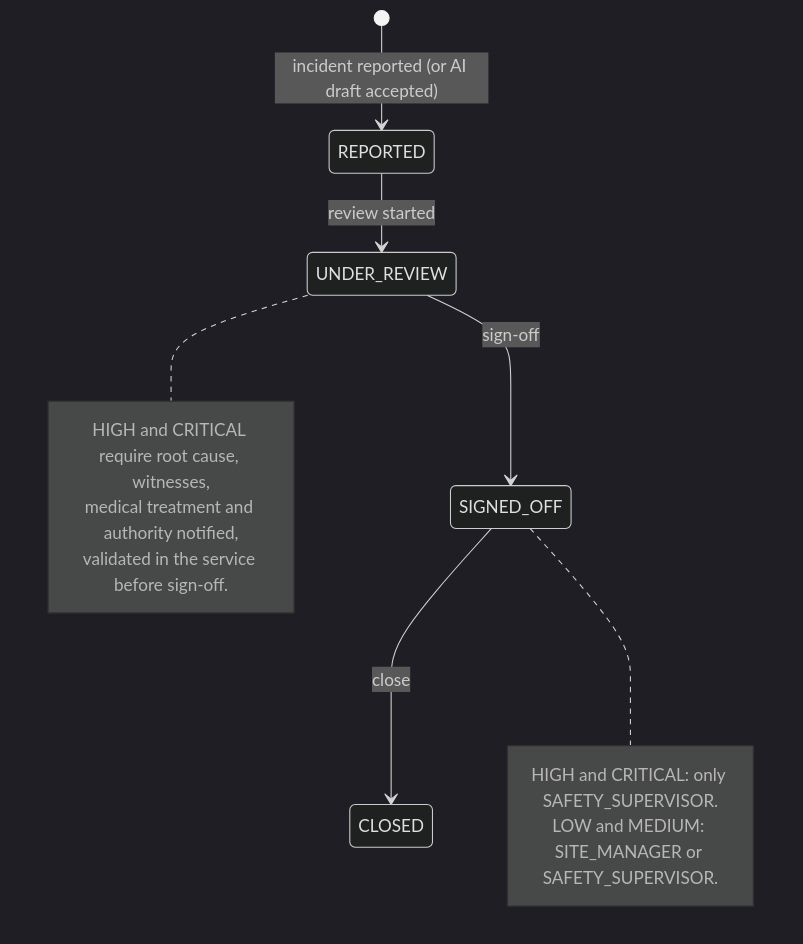
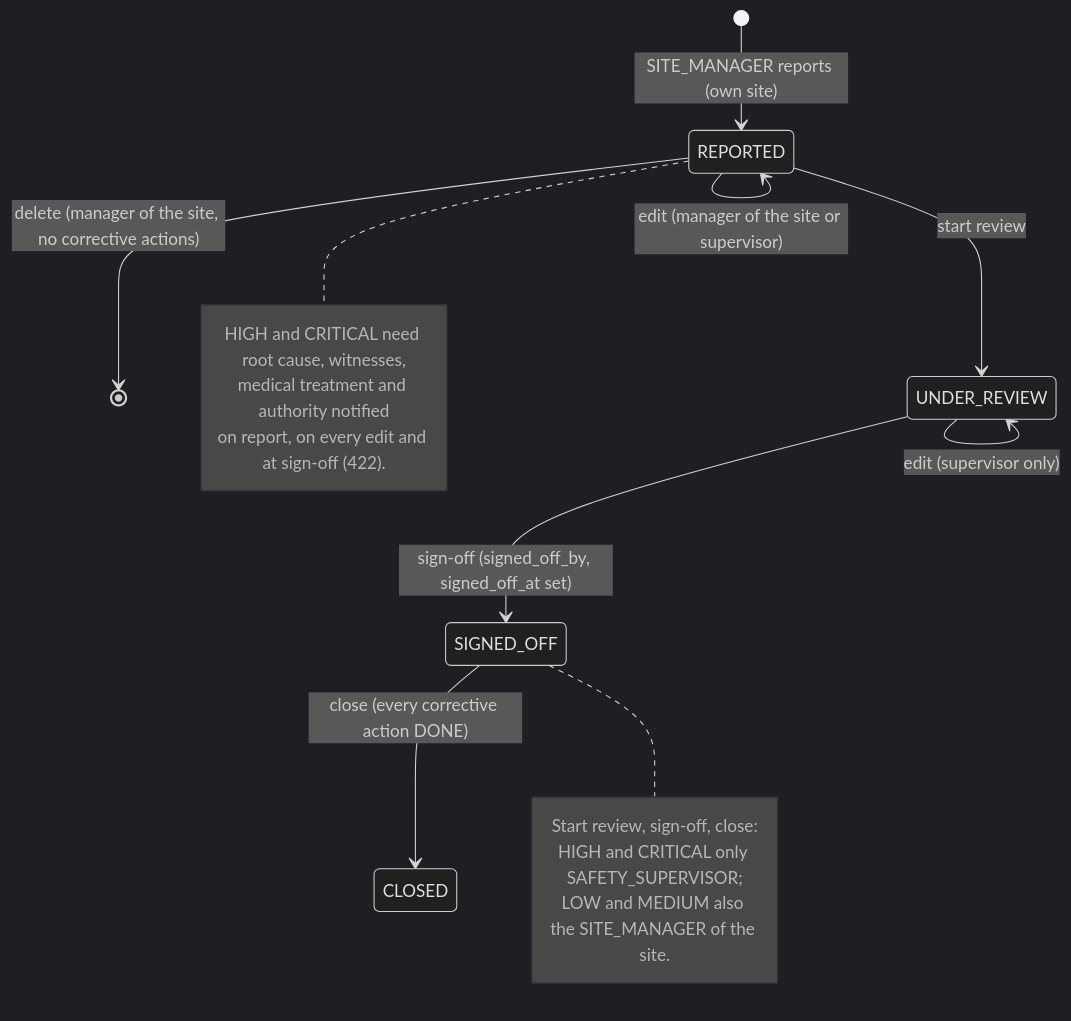
Before and after one commit to ceciliagalvaoo/SiteLog: the fifth of 7 diagrams in docs/architecture/domain-model.md, drawn with Mermaid (dark theme). The commit also changed other lines of this file and 5 other files, not shown here.

Commit message:
docs: document REST API, audited reopen, incident workflow and domain action aspect

````diff
--- a/docs/architecture/domain-model.md
+++ b/docs/architecture/domain-model.md
@@ -444,16 +522,20 @@
 ```mermaid
 stateDiagram-v2
-    [*] --> REPORTED : incident reported (or AI draft accepted)
-    REPORTED --> UNDER_REVIEW : review started
-    UNDER_REVIEW --> SIGNED_OFF : sign-off
-    SIGNED_OFF --> CLOSED : close
-    note right of UNDER_REVIEW
-        HIGH and CRITICAL require root cause, witnesses,
-        medical treatment and authority notified,
-        validated in the service before sign-off.
+    [*] --> REPORTED : SITE_MANAGER reports (own site)
+    REPORTED --> REPORTED : edit (manager of the site or supervisor)
+    REPORTED --> [*] : delete (manager of the site, no corrective actions)
+    REPORTED --> UNDER_REVIEW : start review
+    UNDER_REVIEW --> UNDER_REVIEW : edit (supervisor only)
+    UNDER_REVIEW --> SIGNED_OFF : sign-off (signed_off_by, signed_off_at set)
+    SIGNED_OFF --> CLOSED : close (every corrective action DONE)
+    note right of REPORTED
+        HIGH and CRITICAL need root cause, witnesses,
+        medical treatment and authority notified
+        on report, on every edit and at sign-off (422).
     end note
     note right of SIGNED_OFF
-        HIGH and CRITICAL: only SAFETY_SUPERVISOR.
-        LOW and MEDIUM: SITE_MANAGER or SAFETY_SUPERVISOR.
+        Start review, sign-off, close:
+        HIGH and CRITICAL only SAFETY_SUPERVISOR;
+        LOW and MEDIUM also the SITE_MANAGER of the site.
     end note
 ```
````
